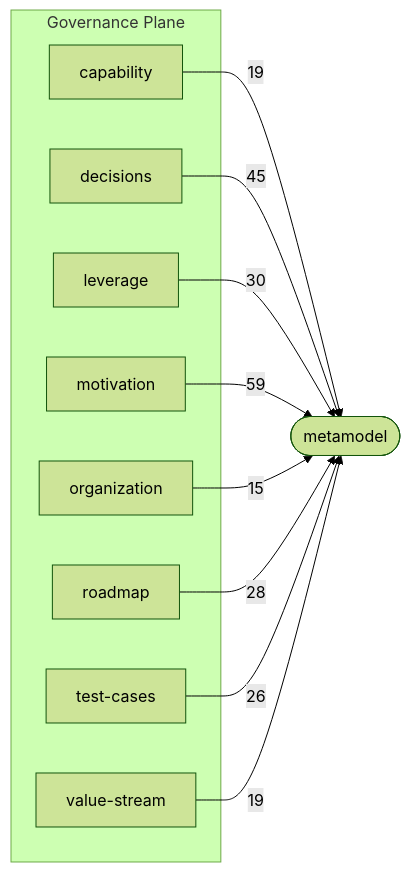
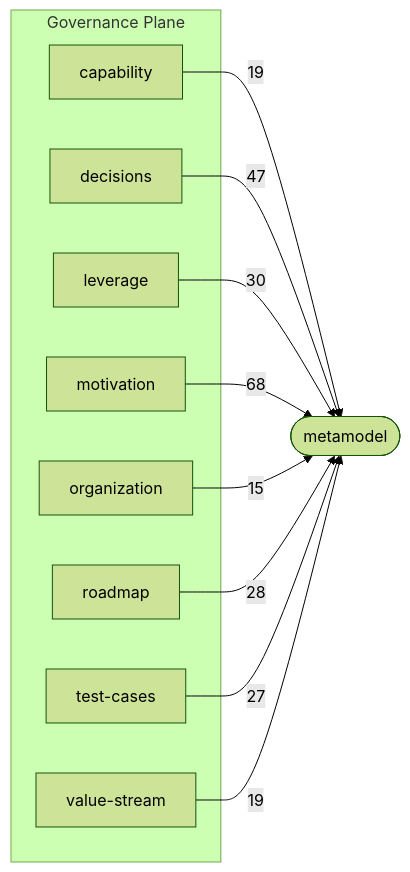
One commit to Archally/blueprint-schema changed the third of 3 diagrams in docs/schema-atlas/v2.7/layer-map.md. Above: the diagram before and after it, drawn with Mermaid (forest theme). The commit also changed other lines of this file and 11 other files, not shown here.

Commit message:
v2.7.7:  publish RT infra profiles + regenerate schema-atlas

````diff
--- a/docs/schema-atlas/v2.7/layer-map.md
+++ b/docs/schema-atlas/v2.7/layer-map.md
@@ -130,22 +132,22 @@
 ```mermaid
 graph LR
     subgraph governance_plane["Governance Plane"]
         governance_capability_schema_yaml["capability"]
         governance_decisions_schema_yaml["decisions"]
         governance_leverage_schema_yaml["leverage"]
         governance_motivation_schema_yaml["motivation"]
         governance_organization_schema_yaml["organization"]
         governance_roadmap_schema_yaml["roadmap"]
         governance_test_cases_schema_yaml["test-cases"]
         governance_value_stream_schema_yaml["value-stream"]
     end
     metamodel_schema_yaml(["metamodel"])
     governance_capability_schema_yaml -->|19| metamodel_schema_yaml
-    governance_decisions_schema_yaml -->|45| metamodel_schema_yaml
+    governance_decisions_schema_yaml -->|47| metamodel_schema_yaml
     governance_leverage_schema_yaml -->|30| metamodel_schema_yaml
-    governance_motivation_schema_yaml -->|59| metamodel_schema_yaml
+    governance_motivation_schema_yaml -->|68| metamodel_schema_yaml
     governance_organization_schema_yaml -->|15| metamodel_schema_yaml
     governance_roadmap_schema_yaml -->|28| metamodel_schema_yaml
-    governance_test_cases_schema_yaml -->|26| metamodel_schema_yaml
+    governance_test_cases_schema_yaml -->|27| metamodel_schema_yaml
     governance_value_stream_schema_yaml -->|19| metamodel_schema_yaml
 ```
````
